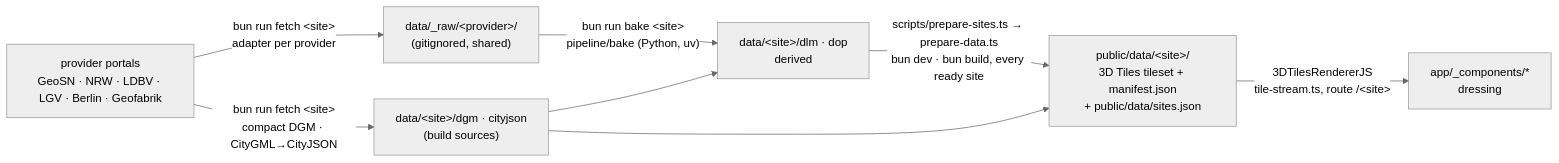
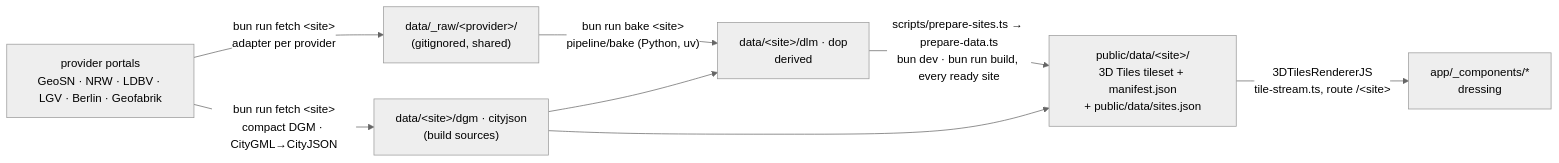
The diagram in docs/data-pipeline.md (mdugue/bridge), drawn with Mermaid (neutral theme) before and after one commit. The commit also changed other lines of this file and 37 other files, not shown here.

````diff
--- a/docs/data-pipeline.md
+++ b/docs/data-pipeline.md
@@ -9,10 +9,10 @@
 ```mermaid
 flowchart LR
   PROV["provider portals<br/>GeoSN · NRW · LDBV · LGV · Berlin · Geofabrik"] -->|"bun run fetch &lt;site&gt;<br/>adapter per provider"| RAW["data/_raw/&lt;provider&gt;/<br/>(gitignored, shared)"]
   PROV -->|"bun run fetch &lt;site&gt;<br/>compact DGM · CityGML→CityJSON"| COM["data/&lt;site&gt;/dgm · cityjson<br/>(build sources)"]
   RAW -->|"bun run bake &lt;site&gt;<br/>pipeline/bake (Python, uv)"| DER["data/&lt;site&gt;/dlm · dop<br/>derived"]
   COM --> DER
   COM --> PUB
-  DER -->|"scripts/prepare-sites.ts → prepare-data.ts<br/>bun dev · bun build, every ready site"| PUB["public/data/&lt;site&gt;/<br/>3D Tiles tileset + manifest.json<br/>+ public/data/sites.json"]
+  DER -->|"scripts/prepare-sites.ts → prepare-data.ts<br/>bun dev · bun run build, every ready site"| PUB["public/data/&lt;site&gt;/<br/>3D Tiles tileset + manifest.json<br/>+ public/data/sites.json"]
   PUB -->|"3DTilesRendererJS<br/>tile-stream.ts, route /&lt;site&gt;"| APP["app/_components/*<br/>dressing"]
 ```
````
